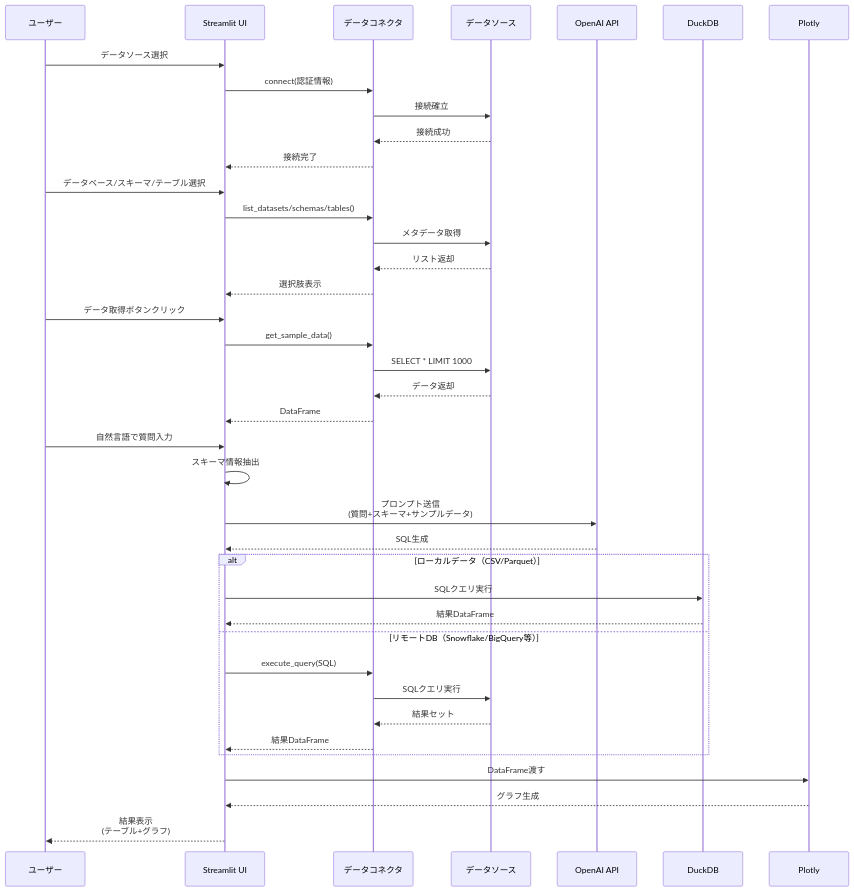
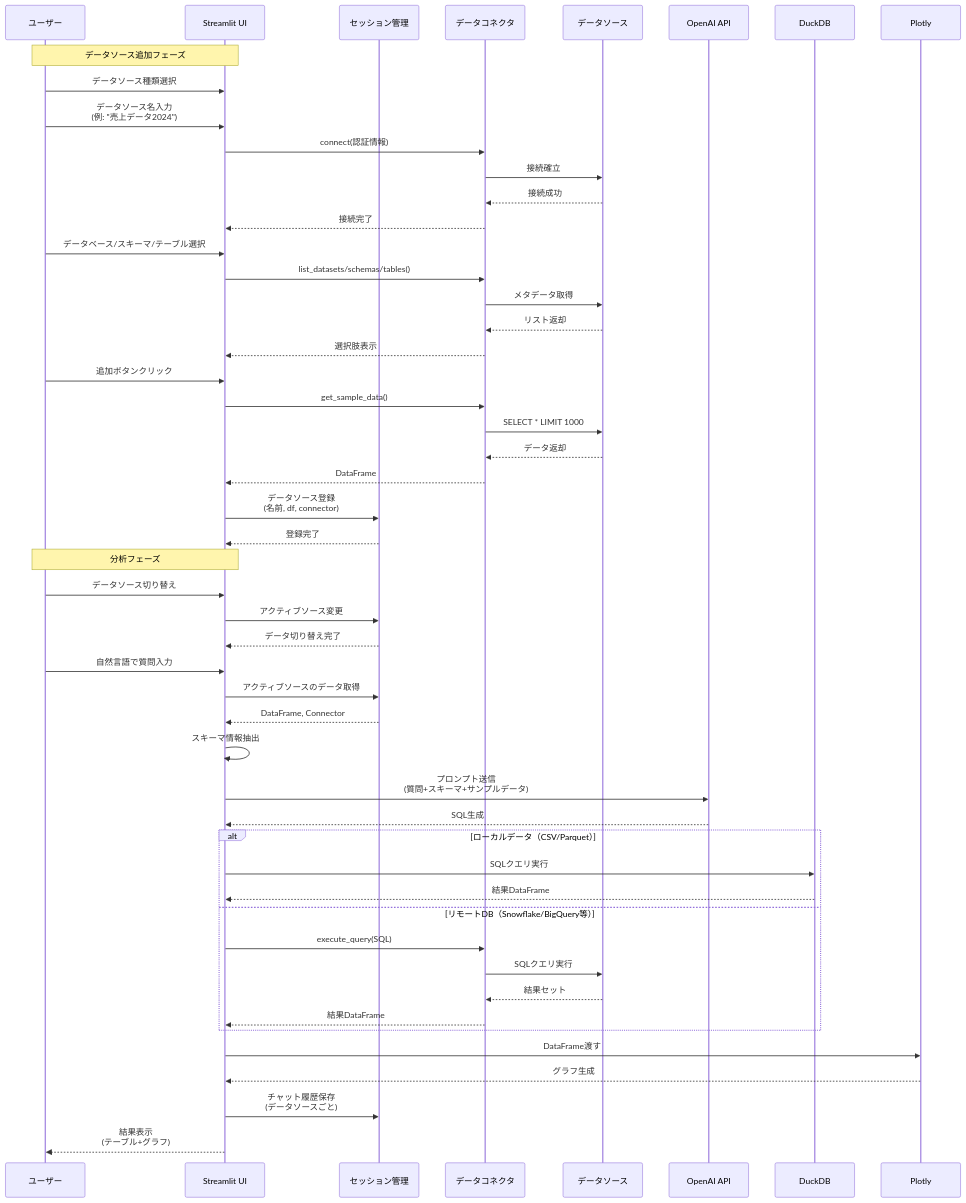
One commit to RyutoYoda/simple_text2sql_v02 changed the first of 3 diagrams in architecture/data_flow.md. Above: the diagram before and after it, drawn with Mermaid. The commit also changed 3 other files, not shown here.

````diff
--- a/architecture/data_flow.md
+++ b/architecture/data_flow.md
@@ -5,47 +5,60 @@
 ```mermaid
 sequenceDiagram
     participant User as ユーザー
     participant UI as Streamlit UI
+    participant Session as セッション管理
     participant Connector as データコネクタ
     participant DB as データソース
     participant OpenAI as OpenAI API
     participant DuckDB as DuckDB
     participant Viz as Plotly
 
-    User->>UI: データソース選択
+    Note over User,UI: データソース追加フェーズ
+    User->>UI: データソース種類選択
+    User->>UI: データソース名入力<br/>(例: "売上データ2024")
     UI->>Connector: connect(認証情報)
     Connector->>DB: 接続確立
     DB-->>Connector: 接続成功
     Connector-->>UI: 接続完了
 
     User->>UI: データベース/スキーマ/テーブル選択
     UI->>Connector: list_datasets/schemas/tables()
     Connector->>DB: メタデータ取得
     DB-->>Connector: リスト返却
     Connector-->>UI: 選択肢表示
 
-    User->>UI: データ取得ボタンクリック
+    User->>UI: 追加ボタンクリック
     UI->>Connector: get_sample_data()
     Connector->>DB: SELECT * LIMIT 1000
     DB-->>Connector: データ返却
     Connector-->>UI: DataFrame
+    UI->>Session: データソース登録<br/>(名前, df, connector)
+    Session-->>UI: 登録完了
+
+    Note over User,UI: 分析フェーズ
+    User->>UI: データソース切り替え
+    UI->>Session: アクティブソース変更
+    Session-->>UI: データ切り替え完了
 
     User->>UI: 自然言語で質問入力
+    UI->>Session: アクティブソースのデータ取得
+    Session-->>UI: DataFrame, Connector
     UI->>UI: スキーマ情報抽出
     UI->>OpenAI: プロンプト送信<br/>(質問+スキーマ+サンプルデータ)
     OpenAI-->>UI: SQL生成
 
     alt ローカルデータ（CSV/Parquet）
         UI->>DuckDB: SQLクエリ実行
         DuckDB-->>UI: 結果DataFrame
     else リモートDB（Snowflake/BigQuery等）
         UI->>Connector: execute_query(SQL)
         Connector->>DB: SQLクエリ実行
         DB-->>Connector: 結果セット
         Connector-->>UI: 結果DataFrame
     end
 
     UI->>Viz: DataFrame渡す
     Viz-->>UI: グラフ生成
+    UI->>Session: チャット履歴保存<br/>(データソースごと)
     UI-->>User: 結果表示<br/>(テーブル+グラフ)
 ```
````
